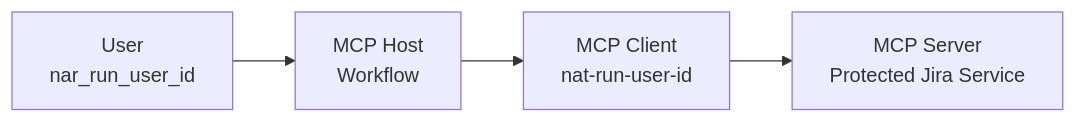
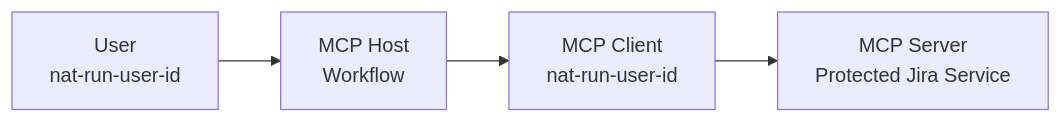
Before and after one commit to NVIDIA/NeMo-Agent-Toolkit: the first of 2 diagrams in docs/source/components/auth/mcp-auth/index.md, drawn with Mermaid. The commit also changed other lines of this file, not shown here.

````diff
--- a/docs/source/components/auth/mcp-auth/index.md
+++ b/docs/source/components/auth/mcp-auth/index.md
@@ -112,6 +115,6 @@
 ```mermaid
 flowchart LR
-  U[User<br/>nar_run_user_id] --> H[MCP Host<br/>Workflow]
+  U[User<br/>nat-run-user-id] --> H[MCP Host<br/>Workflow]
   H --> C[MCP Client<br/>nat-run-user-id]
   C --> S[MCP Server<br/>Protected Jira Service]
 ```
````
